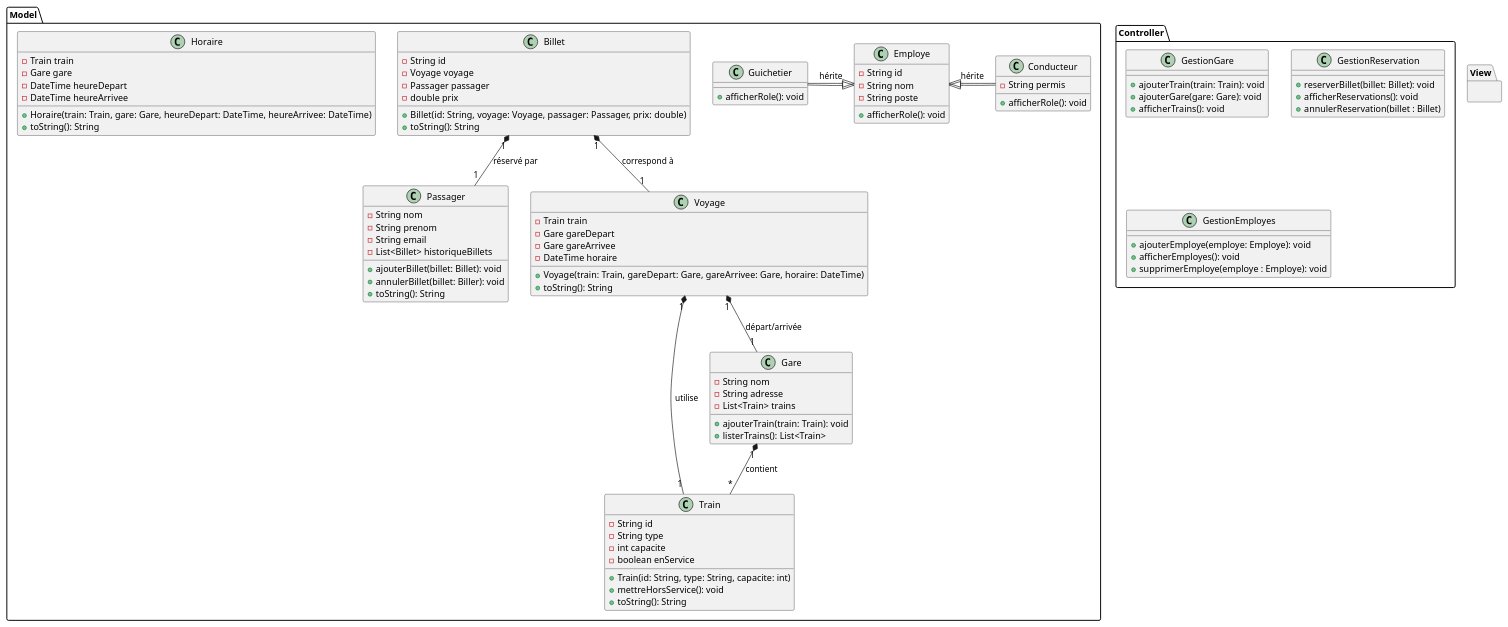
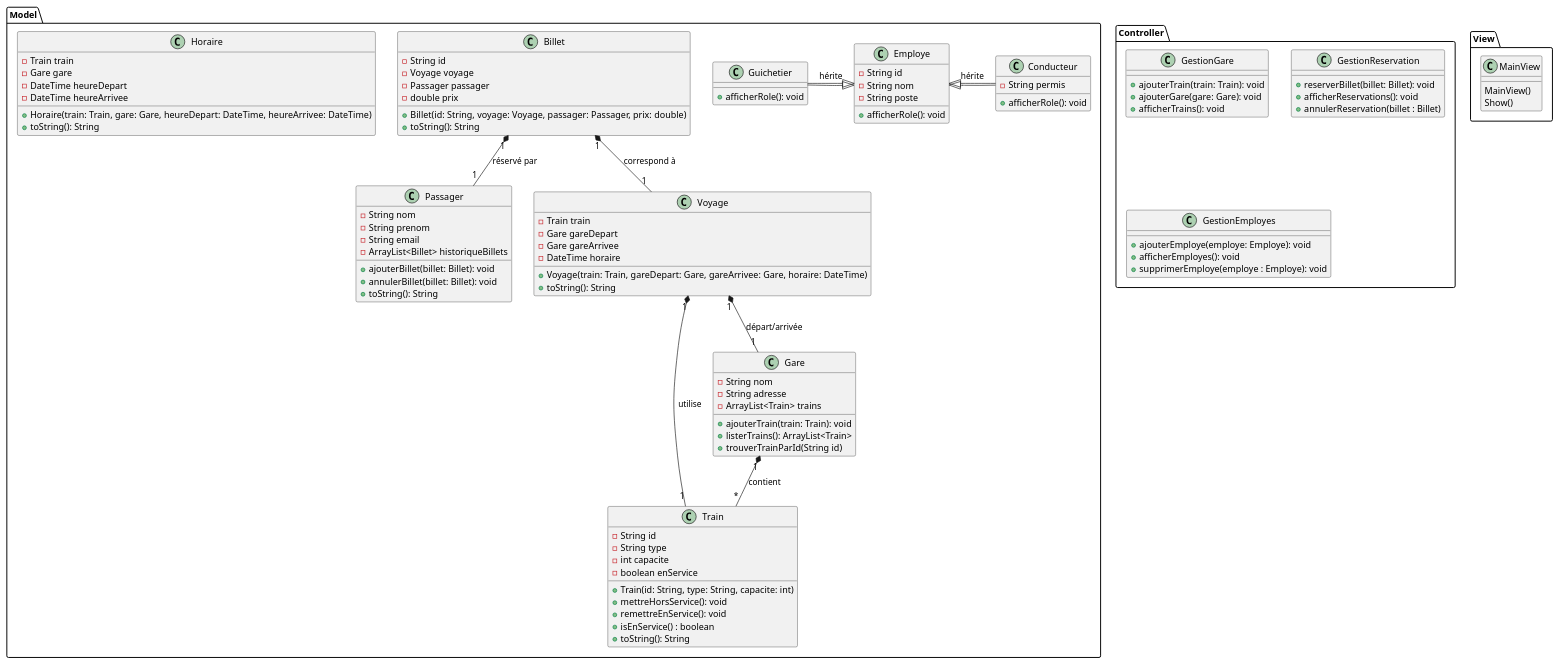
Before and after one commit to tintin491/javaGestionTrain: the diagram in gestionGare.puml, drawn with PlantUML. The commit also changed 12 other files, not shown here.

Commit message:
Création classe Train et Gare, plus continuité mise en place architecture

```diff
--- a/gestionGare.puml
+++ b/gestionGare.puml
@@ -1,111 +1,117 @@
 @startuml
 'https://plantuml.com/sequence-diagram
 
 package "Model" {
     ' Définition des classes principales
     class Train {
         - String id
         - String type
         - int capacite
         - boolean enService
         + Train(id: String, type: String, capacite: int)
         + mettreHorsService(): void
+        + remettreEnService(): void
+        + isEnService() : boolean
         + toString(): String
     }
 
     class Gare {
         - String nom
         - String adresse
-        - List<Train> trains
+        - ArrayList<Train> trains
         + ajouterTrain(train: Train): void
-        + listerTrains(): List<Train>
+        + listerTrains(): ArrayList<Train>
+        + trouverTrainParId(String id)
     }
 
     class Passager {
         - String nom
         - String prenom
         - String email
-        - List<Billet> historiqueBillets
+        - ArrayList<Billet> historiqueBillets
         + ajouterBillet(billet: Billet): void
-        + annulerBillet(billet: Biller): void
+        + annulerBillet(billet: Billet): void
         + toString(): String
     }
 
     class Billet {
         - String id
         - Voyage voyage
         - Passager passager
         - double prix
         + Billet(id: String, voyage: Voyage, passager: Passager, prix: double)
         + toString(): String
     }
 
     class Voyage {
         - Train train
         - Gare gareDepart
         - Gare gareArrivee
         - DateTime horaire
         + Voyage(train: Train, gareDepart: Gare, gareArrivee: Gare, horaire: DateTime)
         + toString(): String
     }
 
     class Horaire {
         - Train train
         - Gare gare
         - DateTime heureDepart
         - DateTime heureArrivee
         + Horaire(train: Train, gare: Gare, heureDepart: DateTime, heureArrivee: DateTime)
         + toString(): String
     }
 
     class Employe {
         - String id
         - String nom
         - String poste
         + afficherRole(): void
     }
 
     class Conducteur extends Employe {
         - String permis
         + afficherRole(): void
     }
 
     class Guichetier extends Employe {
         + afficherRole(): void
     }
 
     Gare "1" *-- "*" Train : contient
     Voyage "1" *-- "1" Train : utilise
     Voyage "1" *-- "1" Gare : départ/arrivée
     Billet "1" *-- "1" Voyage : correspond à
     Billet "1" *-- "1" Passager : réservé par
     Conducteur -|> Employe : hérite
     Guichetier -|> Employe : hérite
 
 }
 
 package "View"{
-
+    class MainView{
+        MainView()
+        Show()
+    }
 
 }
 
 package "Controller"{
         class GestionGare {
             + ajouterTrain(train: Train): void
             + ajouterGare(gare: Gare): void
             + afficherTrains(): void
         }
 
         class GestionReservation {
             + reserverBillet(billet: Billet): void
             + afficherReservations(): void
             + annulerReservation(billet : Billet)
         }
 
         class GestionEmployes {
             + ajouterEmploye(employe: Employe): void
             + afficherEmployes(): void
             + supprimerEmploye(employe : Employe): void
         }
 }
 @enduml
```
